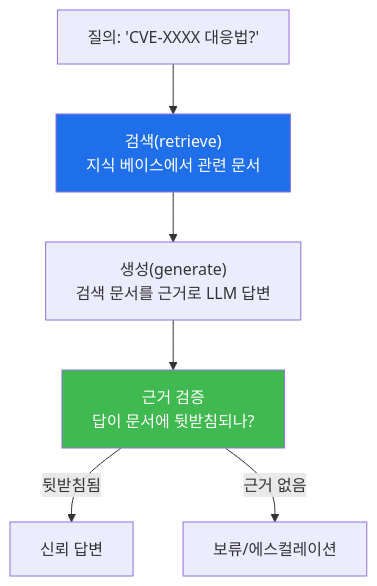
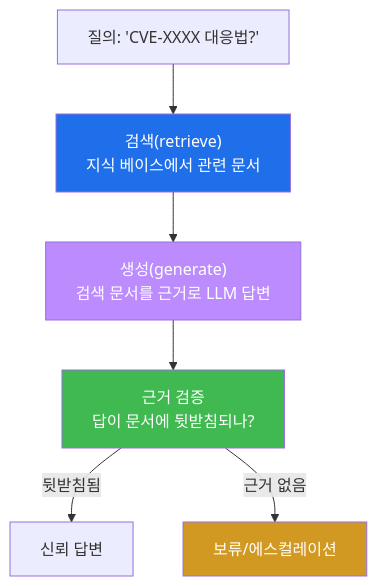
Before and after one commit to mrgrit/tw2: the first of 8 diagrams in contents/training/aisec/lecture_week11.md, drawn with Mermaid. The commit also changed other lines of this file and 304 other files, not shown here.

````diff
--- a/contents/training/aisec/lecture_week11.md
+++ b/contents/training/aisec/lecture_week11.md
@@ -55,10 +80,12 @@
 ```mermaid
 graph TD
     Q["질의: 'CVE-XXXX 대응법?'"] --> R["검색(retrieve)<br/>지식 베이스에서 관련 문서"]
     R --> G["생성(generate)<br/>검색 문서를 근거로 LLM 답변"]
     G --> V["근거 검증<br/>답이 문서에 뒷받침되나?"]
-    V -->|뒷받침됨| OK["신뢰 답변"]
-    V -->|근거 없음| ESC["보류/에스컬레이션"]
+    V -->|"뒷받침됨"| OK["신뢰 답변"]
+    V -->|"근거 없음"| ESC["보류/에스컬레이션"]
     style R fill:#1f6feb,color:#fff
+    style G fill:#bc8cff,color:#fff
     style V fill:#3fb950,color:#fff
+    style ESC fill:#d29922,color:#fff
 ```
````
